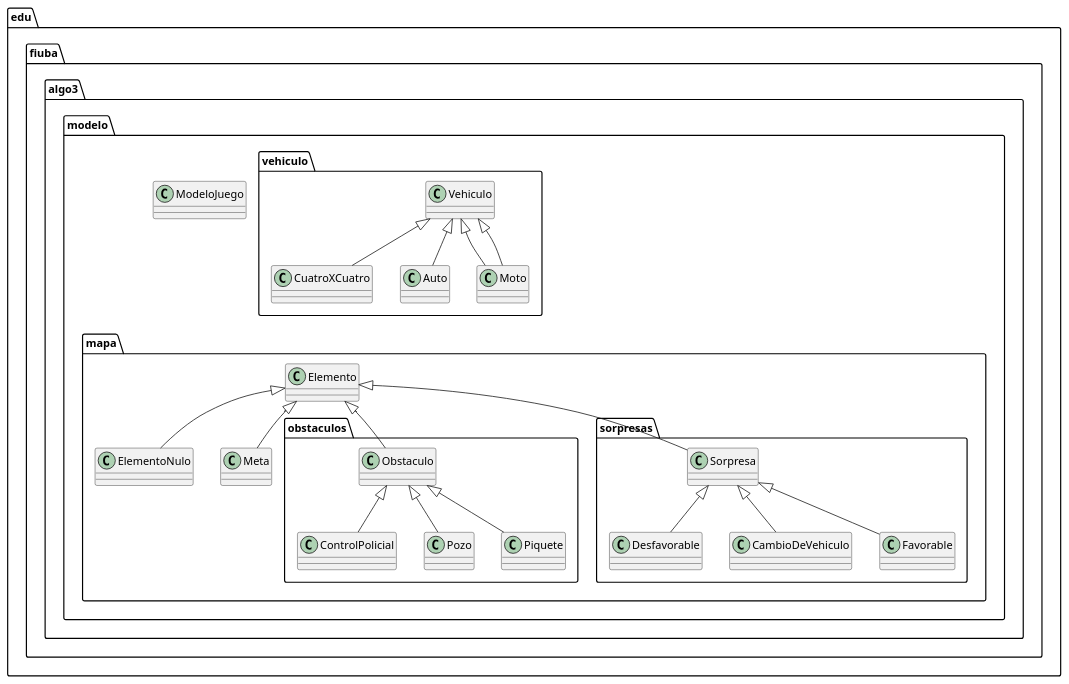
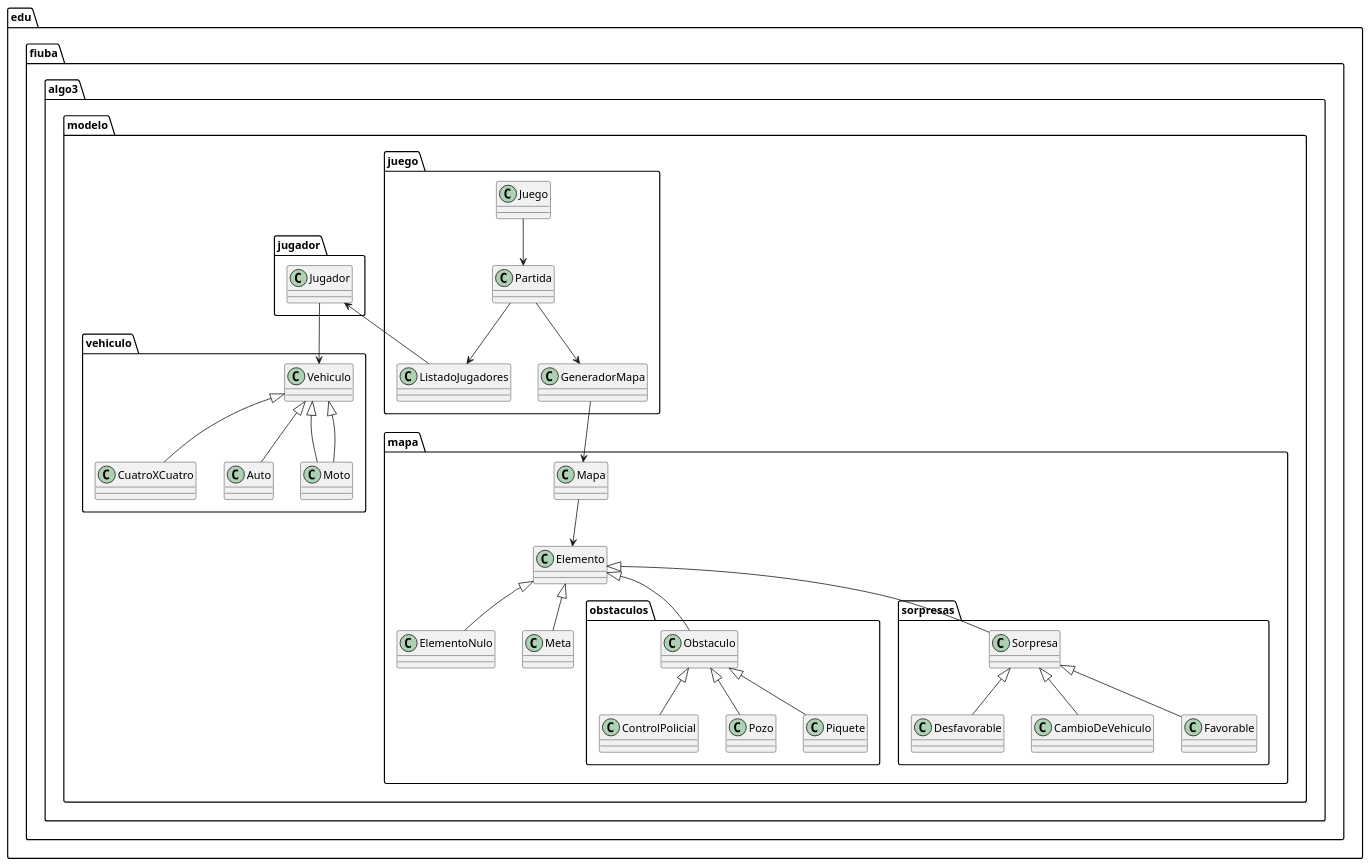
The seventh of 15 diagrams in informe.org (Pablo1107/algo3-tp2), drawn with PlantUML before and after one commit. The commit also changed other lines of this file and 7 other files, not shown here.

```diff
--- a/informe.org
+++ b/informe.org
@@ -367,21 +383,29 @@
 #+begin_src plantuml :file ./diagramas/paquetes.png
-class edu.fiuba.algo3.modelo.ModeloJuego {}
+edu.fiuba.algo3.modelo.juego.Juego --> edu.fiuba.algo3.modelo.juego.Partida 
+edu.fiuba.algo3.modelo.juego.Partida --> edu.fiuba.algo3.modelo.juego.GeneradorMapa
+edu.fiuba.algo3.modelo.juego.Partida --> edu.fiuba.algo3.modelo.juego.ListadoJugadores
+
+edu.fiuba.algo3.modelo.juego.GeneradorMapa --> edu.fiuba.algo3.modelo.mapa.Mapa
+edu.fiuba.algo3.modelo.mapa.Mapa --> edu.fiuba.algo3.modelo.mapa.Elemento 
+
+edu.fiuba.algo3.modelo.jugador.Jugador <-- edu.fiuba.algo3.modelo.juego.ListadoJugadores
+edu.fiuba.algo3.modelo.jugador.Jugador --> edu.fiuba.algo3.modelo.vehiculo.Vehiculo
 
 edu.fiuba.algo3.modelo.vehiculo.Vehiculo <|-- edu.fiuba.algo3.modelo.vehiculo.CuatroXCuatro
 edu.fiuba.algo3.modelo.vehiculo.Vehiculo <|-- edu.fiuba.algo3.modelo.vehiculo.Auto
 edu.fiuba.algo3.modelo.vehiculo.Vehiculo <|-- edu.fiuba.algo3.modelo.vehiculo.Moto
 edu.fiuba.algo3.modelo.vehiculo.Vehiculo <|-- edu.fiuba.algo3.modelo.vehiculo.Moto
 
 edu.fiuba.algo3.modelo.vehiculo.CuatroXCuatro -[hidden]-> edu.fiuba.algo3.modelo.mapa.Elemento 
 
 edu.fiuba.algo3.modelo.mapa.obstaculos.Obstaculo <|-- edu.fiuba.algo3.modelo.mapa.obstaculos.ControlPolicial
 edu.fiuba.algo3.modelo.mapa.obstaculos.Obstaculo <|-- edu.fiuba.algo3.modelo.mapa.obstaculos.Pozo
 edu.fiuba.algo3.modelo.mapa.sorpresas.Sorpresa <|-- edu.fiuba.algo3.modelo.mapa.sorpresas.Desfavorable
 edu.fiuba.algo3.modelo.mapa.sorpresas.Sorpresa <|-- edu.fiuba.algo3.modelo.mapa.sorpresas.CambioDeVehiculo
 edu.fiuba.algo3.modelo.mapa.sorpresas.Sorpresa <|-- edu.fiuba.algo3.modelo.mapa.sorpresas.Favorable
 edu.fiuba.algo3.modelo.mapa.obstaculos.Obstaculo <|-- edu.fiuba.algo3.modelo.mapa.obstaculos.Piquete
 edu.fiuba.algo3.modelo.mapa.Elemento <|-- edu.fiuba.algo3.modelo.mapa.obstaculos.Obstaculo
 edu.fiuba.algo3.modelo.mapa.Elemento <|-- edu.fiuba.algo3.modelo.mapa.sorpresas.Sorpresa
 edu.fiuba.algo3.modelo.mapa.Elemento <|-- edu.fiuba.algo3.modelo.mapa.ElementoNulo
 edu.fiuba.algo3.modelo.mapa.Elemento <|-- edu.fiuba.algo3.modelo.mapa.Meta
 #+end_src
```
